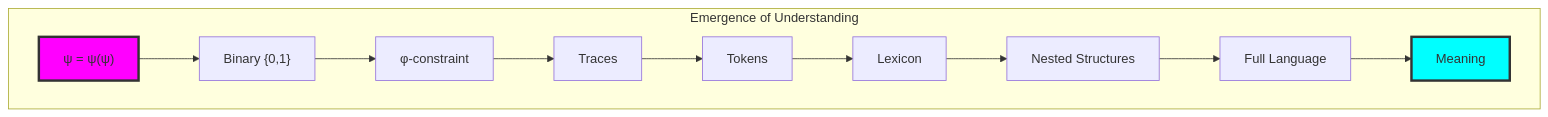
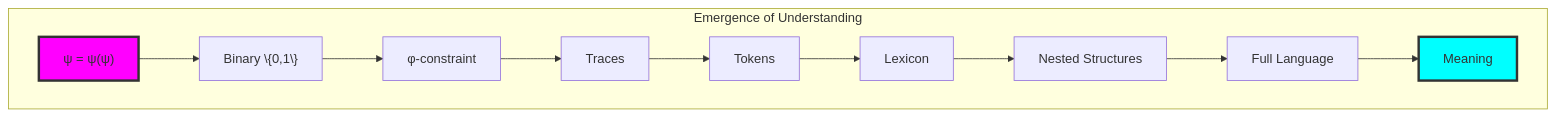
Before and after one commit to loning/the-binarymath: diagram 12 of 12 in docs/codex/volume-00-collapse-language/chapter-010-nestcollapse.md, drawn with Mermaid. The commit also changed other lines of this file and 1 other file, not shown here.

````diff
--- a/docs/codex/volume-00-collapse-language/chapter-010-nestcollapse.md
+++ b/docs/codex/volume-00-collapse-language/chapter-010-nestcollapse.md
@@ -477,19 +477,19 @@
 ```mermaid
 graph TD
     subgraph "Emergence of Understanding"
         PSI["ψ = ψ(ψ)"]
-        BIN["Binary {0,1}"]
+        BIN["Binary \{0,1\}"]
         PHI["φ-constraint"]
         TRACE["Traces"]
         TOKEN["Tokens"]
         LEX["Lexicon"]
         NEST["Nested Structures"]
         LANG["Full Language"]
         MEAN["Meaning"]
     end
     
     PSI --> BIN --> PHI --> TRACE --> TOKEN --> LEX --> NEST --> LANG --> MEAN
     
     style PSI fill:#f0f,stroke:#333,stroke-width:3px
     style MEAN fill:#0ff,stroke:#333,stroke-width:3px
 ```
````
